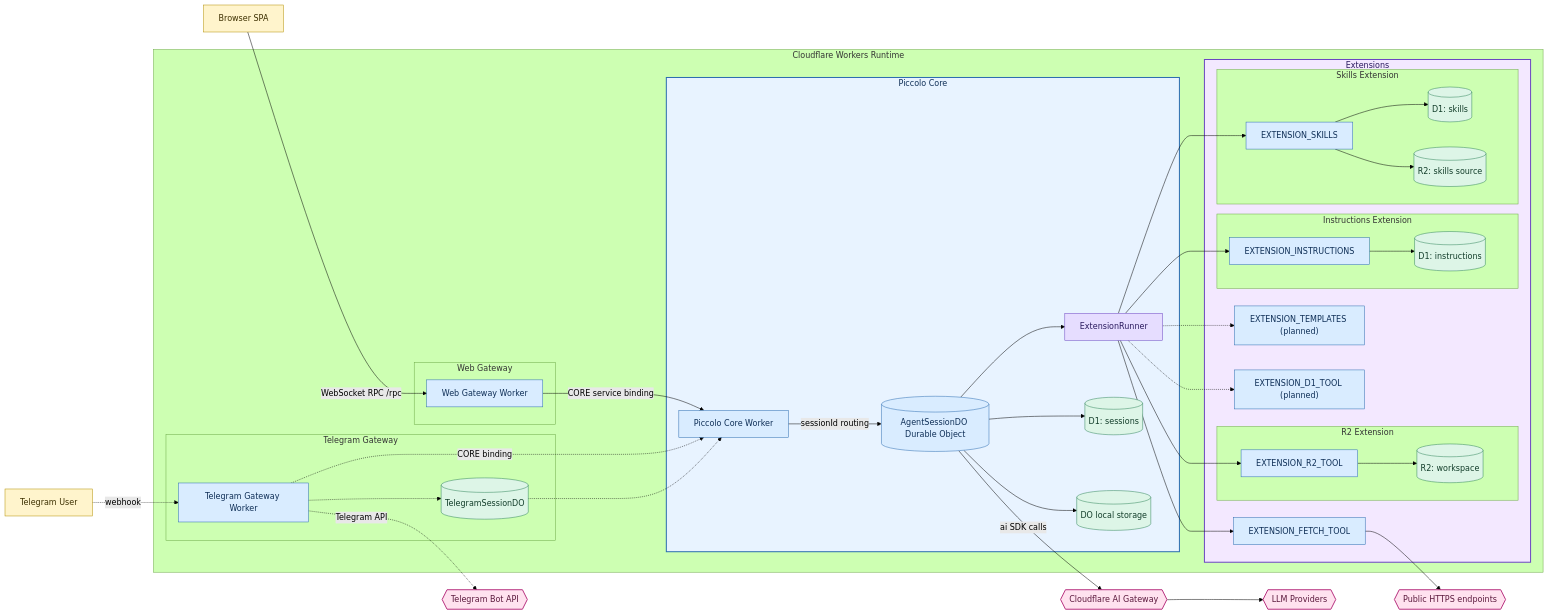
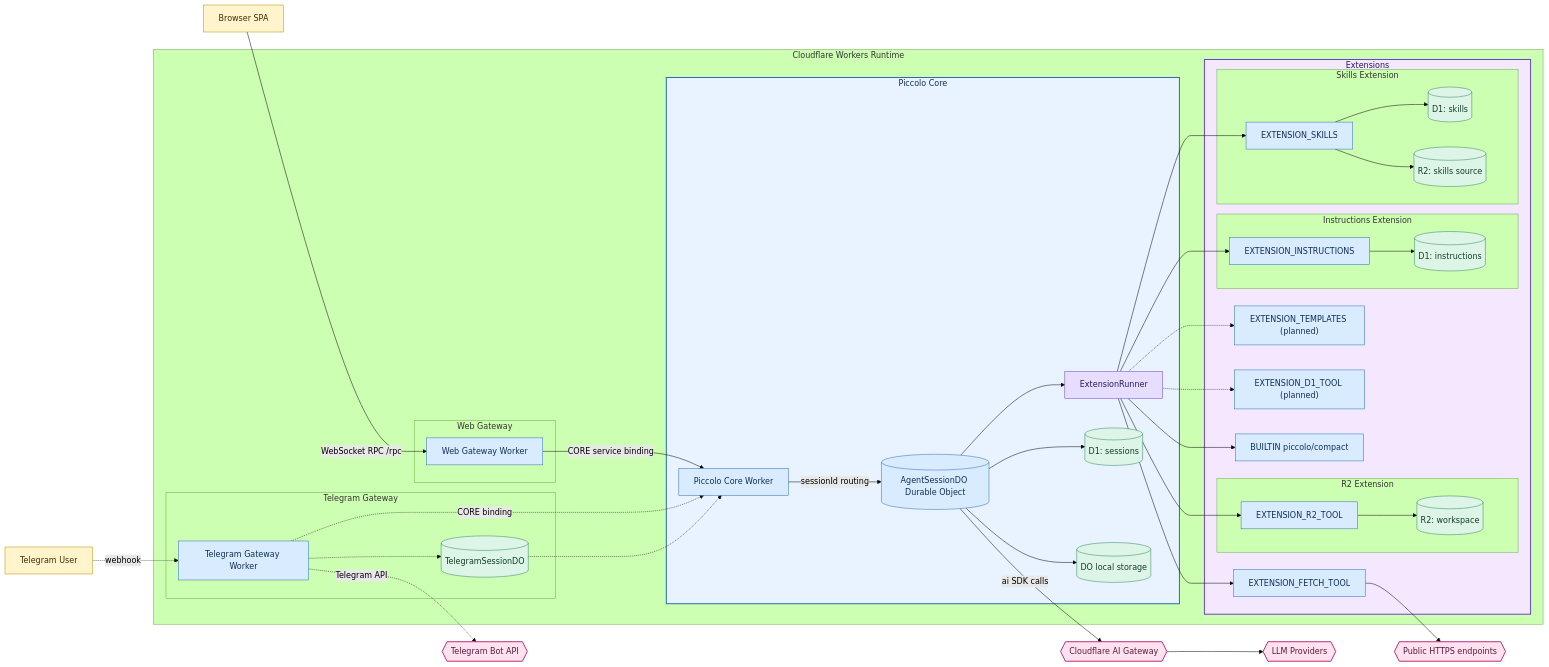
The diagram in specs/architecture-diagram.md (mikea/piccolo), drawn with Mermaid (forest theme) before and after one commit. The commit also changed 29 other files, not shown here.

Commit message:
compact extension

```diff
--- a/specs/architecture-diagram.md
+++ b/specs/architecture-diagram.md
@@ -41,6 +41,7 @@
       end
       ext_templates["EXTENSION_TEMPLATES (planned)"]
       ext_d1["EXTENSION_D1_TOOL (planned)"]
+      ext_builtin_compact["BUILTIN piccolo/compact"]
     end
 
     subgraph telegram_group["Telegram Gateway"]
@@ -64,6 +65,7 @@
   extension_runner --> ext_skills
   extension_runner -.-> ext_templates
   extension_runner -.-> ext_d1
+  extension_runner --> ext_builtin_compact
 
   ext_fetch --> public_web
   ext_r2 --> r2_workspace
@@ -84,7 +86,7 @@
   classDef external fill:#ffe2ef,stroke:#b83280,color:#5c1a3e,stroke-width:2px;
 
   class browser,telegram_user client;
-  class web_gateway,core_worker,session_do,ext_fetch,ext_r2,ext_instructions,ext_skills,ext_templates,ext_d1,tg_gateway worker;
+  class web_gateway,core_worker,session_do,ext_fetch,ext_r2,ext_instructions,ext_skills,ext_templates,ext_d1,ext_builtin_compact,tg_gateway worker;
   class extension_runner orchestrator;
   class d1_sessions,do_storage,r2_workspace,d1_instructions,d1_skills,r2_skills_source,tg_session_do storage;
   class ai_gateway,llm_providers,public_web,telegram_api external;
```
